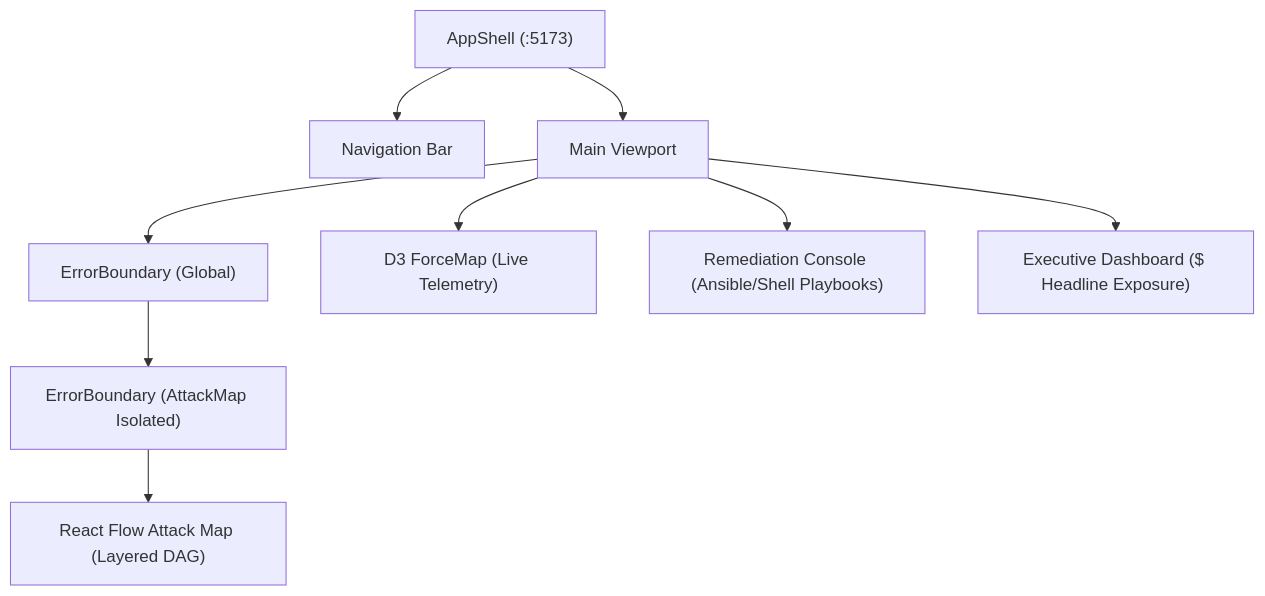
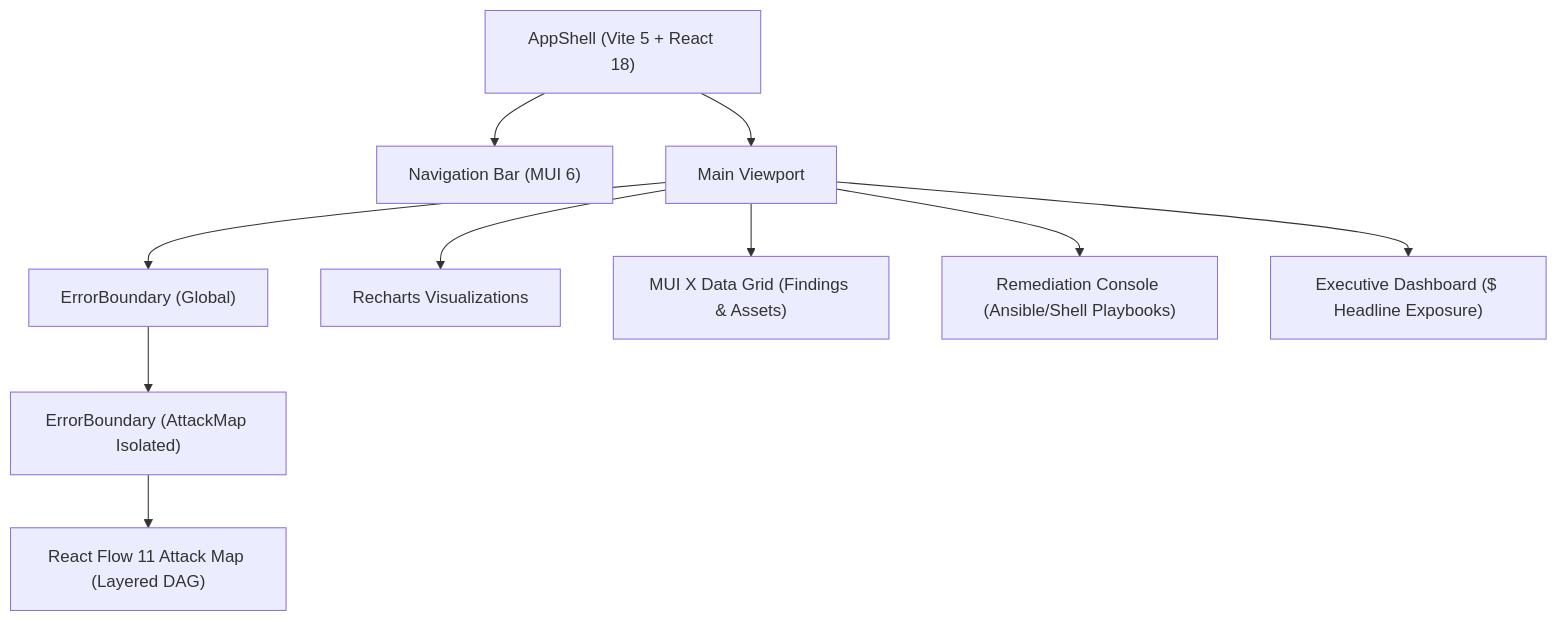
One commit to soumyachk101/Drishti-Innofusion changed the fourth of 4 diagrams in feedback.md. Above: the diagram before and after it, drawn with Mermaid. The commit also changed other lines of this file, not shown here.

First line of the commit message:
docs: comprehensive architecture and code review audit report v2.9.1

````diff
--- a/feedback.md
+++ b/feedback.md
@@ -262,12 +263,13 @@
 ```mermaid
 flowchart TD
-    Shell["AppShell (:5173)"]
-    Shell --> Nav["Navigation Bar"]
+    Shell["AppShell (Vite 5 + React 18)"]
+    Shell --> Nav["Navigation Bar (MUI 6)"]
     Shell --> Main["Main Viewport"]
     Main --> EB1["ErrorBoundary (Global)"]
     EB1 --> EB2["ErrorBoundary (AttackMap Isolated)"]
-    EB2 --> Flow["React Flow Attack Map (Layered DAG)"]
-    Main --> Force["D3 ForceMap (Live Telemetry)"]
+    EB2 --> Flow["React Flow 11 Attack Map (Layered DAG)"]
+    Main --> Charts["Recharts Visualizations"]
+    Main --> Grid["MUI X Data Grid (Findings & Assets)"]
     Main --> Console["Remediation Console (Ansible/Shell Playbooks)"]
     Main --> Dash["Executive Dashboard ($ Headline Exposure)"]
 ```
````
